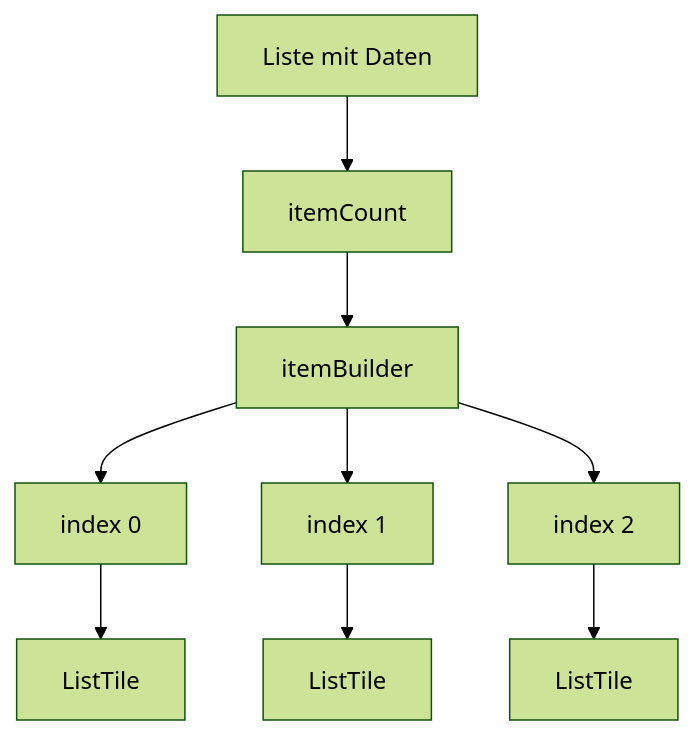
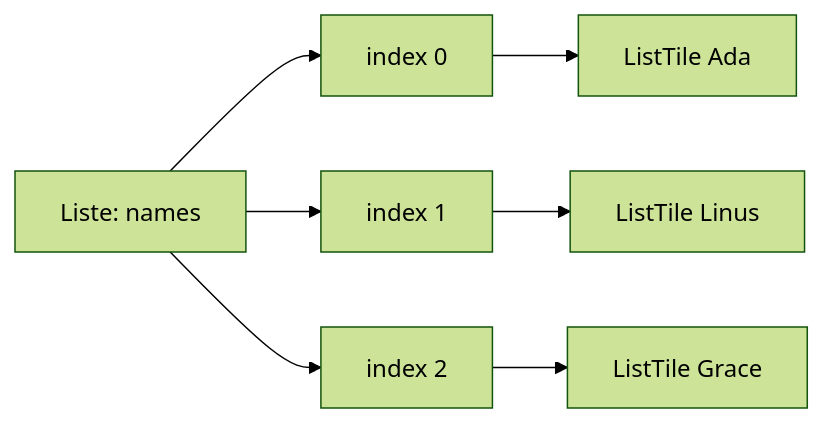
One commit to Real-Dau/Flutter-lernen changed the diagram in 08-listview/VISUAL.md. Above: the diagram before and after it, drawn with Mermaid (forest theme). The commit also changed other lines of this file and 12 other files, not shown here.

````diff
--- a/08-listview/VISUAL.md
+++ b/08-listview/VISUAL.md
@@ -22,11 +28,9 @@
 ```mermaid
-flowchart TD
-    A[Liste mit Daten] --> B[itemCount]
-    B --> C[itemBuilder]
-    C --> D[index 0]
-    C --> E[index 1]
-    C --> F[index 2]
-    D --> G[ListTile]
-    E --> H[ListTile]
-    F --> I[ListTile]
+flowchart LR
+    A[Liste: names] --> B[index 0]
+    A --> C[index 1]
+    A --> D[index 2]
+    B --> E[ListTile Ada]
+    C --> F[ListTile Linus]
+    D --> G[ListTile Grace]
 ```
````
